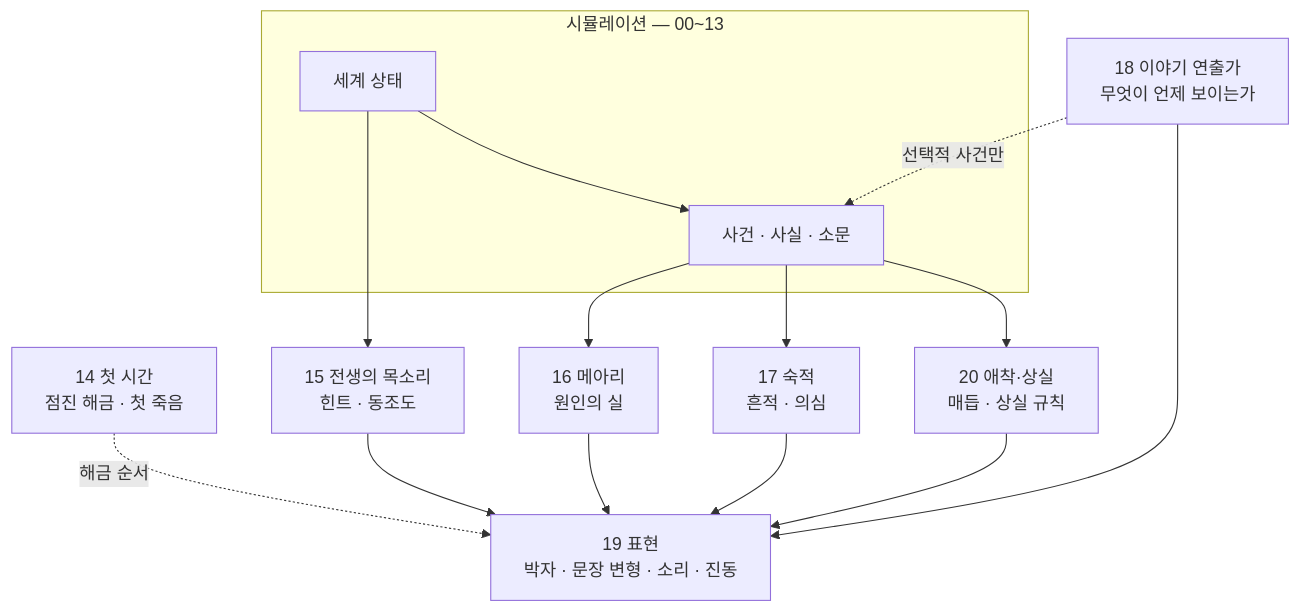
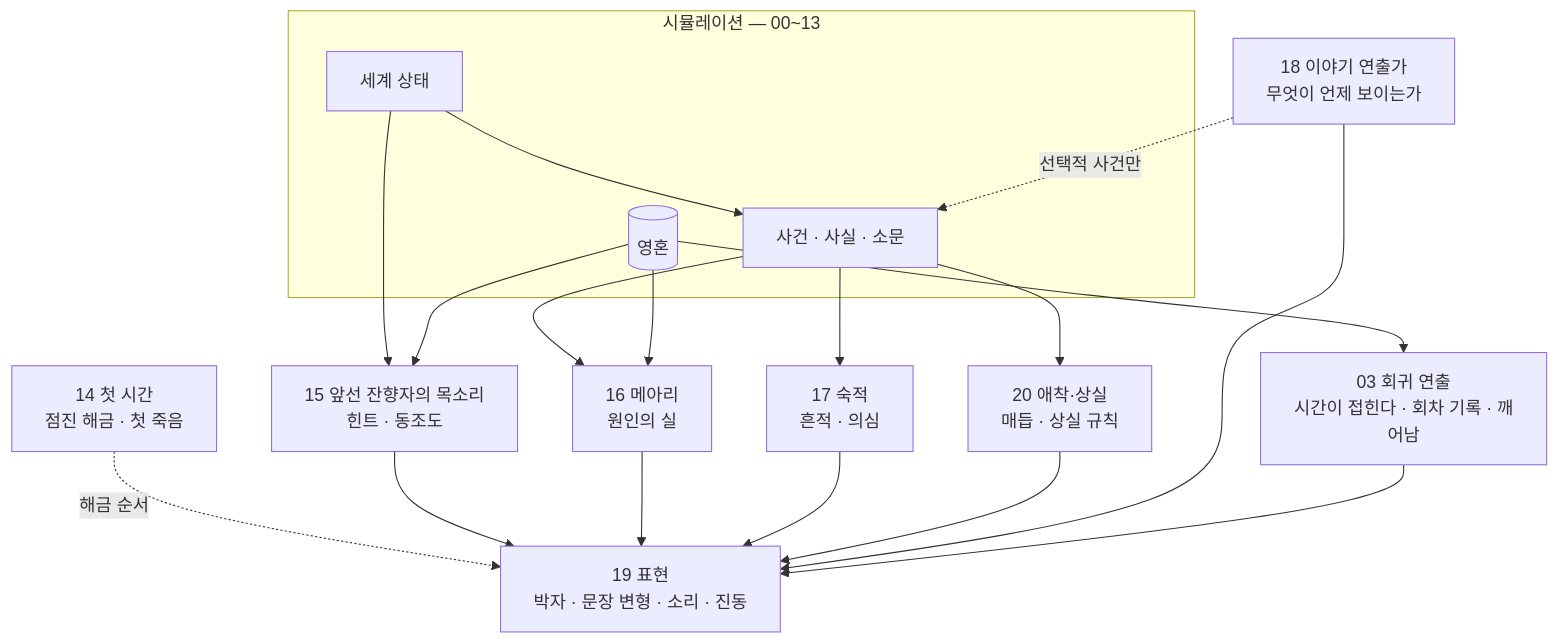
Before and after one commit to choics2623/Fantasia: the second of 2 diagrams in docs/systems/00_SYSTEMS_MAP.md, drawn with Mermaid. The commit also changed other lines of this file and 2 other files, not shown here.

````diff
--- a/docs/systems/00_SYSTEMS_MAP.md
+++ b/docs/systems/00_SYSTEMS_MAP.md
@@ -157,17 +185,22 @@
 ```mermaid
 flowchart TB
   subgraph SIM[시뮬레이션 — 00~13]
     W[세계 상태] --> EV[사건 · 사실 · 소문]
+    SO[(영혼)]
   end
   EV --> R16[16 메아리<br/>원인의 실]
   EV --> R17[17 숙적<br/>흔적 · 의심]
   EV --> R20[20 애착·상실<br/>매듭 · 상실 규칙]
-  W --> R15[15 전생의 목소리<br/>힌트 · 동조도]
+  W --> R15[15 앞선 잔향자의 목소리<br/>힌트 · 동조도]
+  SO --> R15
+  SO --> RG[03 회귀 연출<br/>시간이 접힌다 · 회차 기록 · 깨어남]
+  SO --> R16
   R18[18 이야기 연출가<br/>무엇이 언제 보이는가] -.선택적 사건만.-> EV
   R14[14 첫 시간<br/>점진 해금 · 첫 죽음] -.해금 순서.-> UI
   R15 --> UI[19 표현<br/>박자 · 문장 변형 · 소리 · 진동]
   R16 --> UI
   R17 --> UI
   R20 --> UI
   R18 --> UI
+  RG --> UI
 ```
````
